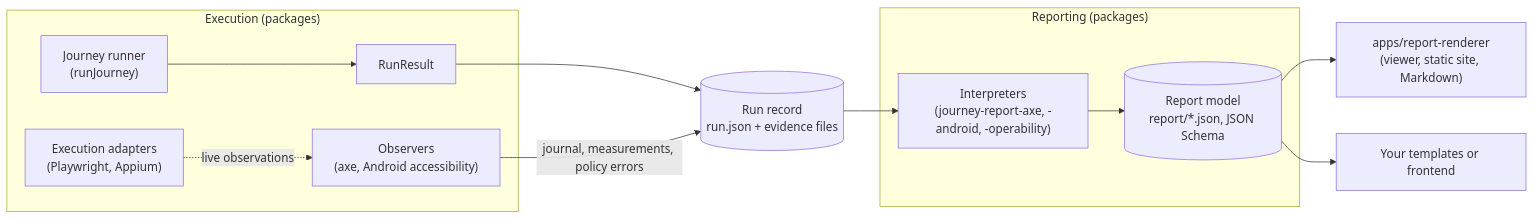
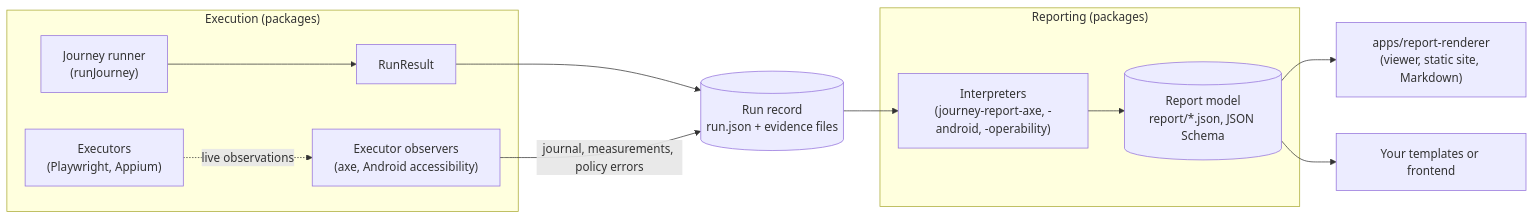
Before and after one commit to openuji/journey-mesh: the fifth of 6 diagrams in README.md, drawn with Mermaid. The commit also changed other lines of this file and 20 other files, not shown here.

Commit message:
refactor: architecture lint rules, docs, second-vendor proof

````diff
--- a/README.md
+++ b/README.md
@@ -145,15 +151,15 @@
 ```mermaid
 flowchart LR
   subgraph execution["Execution (packages)"]
     runner["Journey runner<br/>(runJourney)"] --> result["RunResult"]
-    adapters["Execution adapters<br/>(Playwright, Appium)"] -.->|live observations| capture["Observers<br/>(axe, Android accessibility)"]
+    executors["Executors<br/>(Playwright, Appium)"] -.->|live observations| capture["Executor observers<br/>(axe, Android accessibility)"]
   end
   result --> record[("Run record<br/>run.json + evidence files")]
   capture -->|journal, measurements, policy errors| record
   subgraph reporting["Reporting (packages)"]
     interpreters["Interpreters<br/>(journey-report-axe, -android, -operability)"] --> model[("Report model<br/>report/*.json, JSON Schema")]
   end
   record --> interpreters
   model --> viewer["apps/report-renderer<br/>(viewer, static site, Markdown)"]
   model --> templates["Your templates or frontend"]
 ```
````
